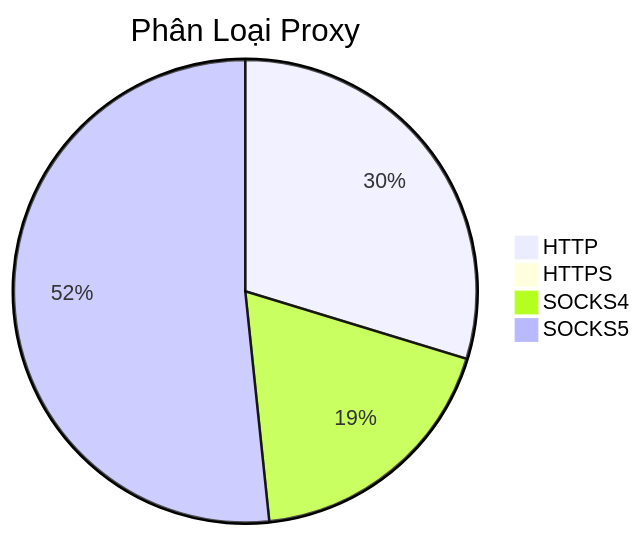
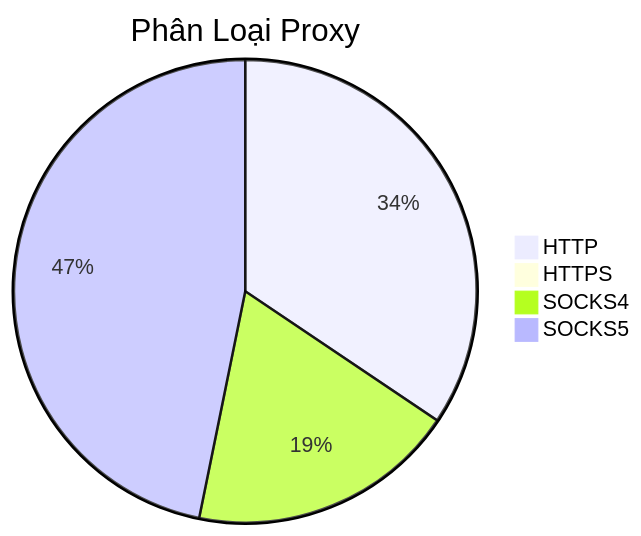
One commit to Ciara-12/PROXY-free changed the diagram in README.md. Above: the diagram before and after it, drawn with Mermaid. The commit also changed other lines of this file and 4 other files, not shown here.

````diff
--- a/README.md
+++ b/README.md
@@ -26,7 +26,7 @@
 ```mermaid
 pie title Phân Loại Proxy
-    "HTTP" : 654
-    "HTTPS" : 4
-    "SOCKS4" : 410
-    "SOCKS5" : 1137
+    "HTTP" : 712
+    "HTTPS" : 2
+    "SOCKS4" : 388
+    "SOCKS5" : 968
 ```
````
